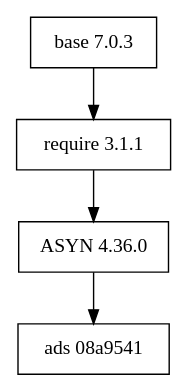
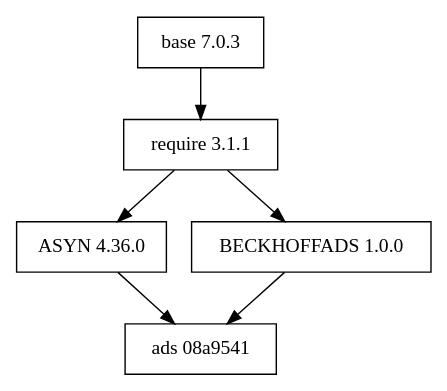
Before and after one commit to icshwi/e3-ads: the diagram in docs/ads.gv, drawn with Graphviz. The commit also changed 9 other files, not shown here.

```diff
--- a/docs/ads.gv
+++ b/docs/ads.gv
@@ -1,8 +1,9 @@
 digraph ads {
 node [shape=record];
 base [label="base 7.0.3"]
 require [label="require 3.1.1"]
 ASYN [label="ASYN 4.36.0"]
+BECKHOFFADS [label="BECKHOFFADS 1.0.0"]
 ads [label="ads 08a9541"]
-base -> require -> { ASYN } ->  {  ads  } 
+base -> require -> { ASYN,BECKHOFFADS } ->  {  ads  } 
 } 
```
